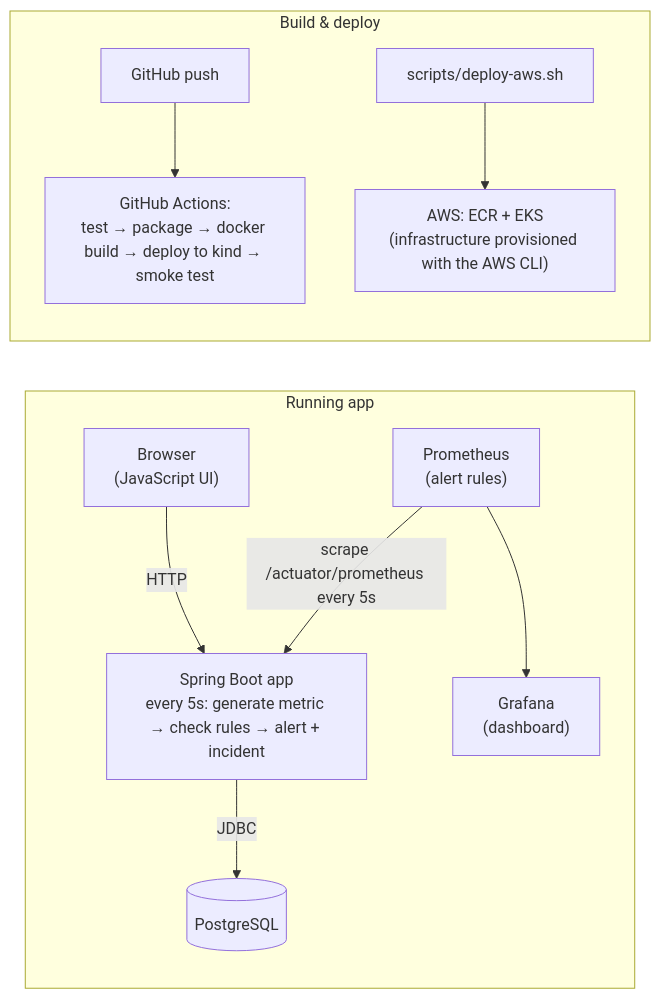
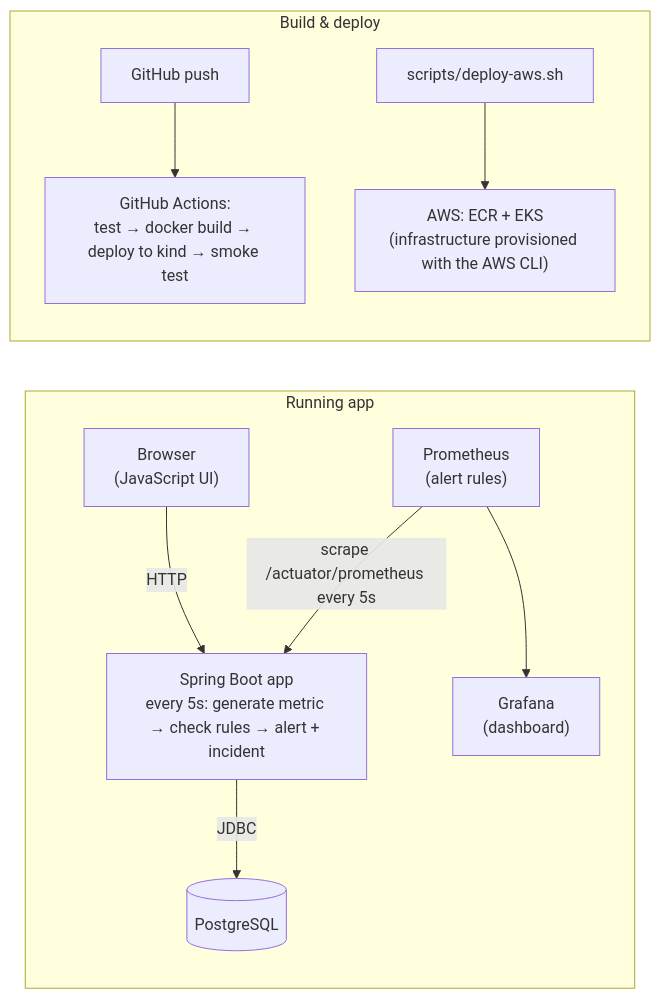
The diagram in README.md (avi-saraiya/CloudPulse), drawn with Mermaid before and after one commit. The commit also changed other lines of this file, not shown here.

````diff
--- a/README.md
+++ b/README.md
@@ -14,14 +14,14 @@
 ```mermaid
 flowchart LR
     subgraph runtime["Running app"]
         Browser["Browser<br/>(JavaScript UI)"] -- HTTP --> App["Spring Boot app<br/>every 5s: generate metric → check rules → alert + incident"]
         App -- JDBC --> DB[(PostgreSQL)]
         Prom["Prometheus<br/>(alert rules)"] -- "scrape /actuator/prometheus every 5s" --> App
         Prom --> Grafana["Grafana<br/>(dashboard)"]
     end
 
     subgraph delivery["Build & deploy"]
-        Push["GitHub push"] --> GHA["GitHub Actions:<br/>test → package → docker build → deploy to kind → smoke test"]
+        Push["GitHub push"] --> GHA["GitHub Actions:<br/>test → docker build → deploy to kind → smoke test"]
         Script["scripts/deploy-aws.sh"] --> AWS["AWS: ECR + EKS<br/>(infrastructure provisioned with the AWS CLI)"]
     end
 ```
````
